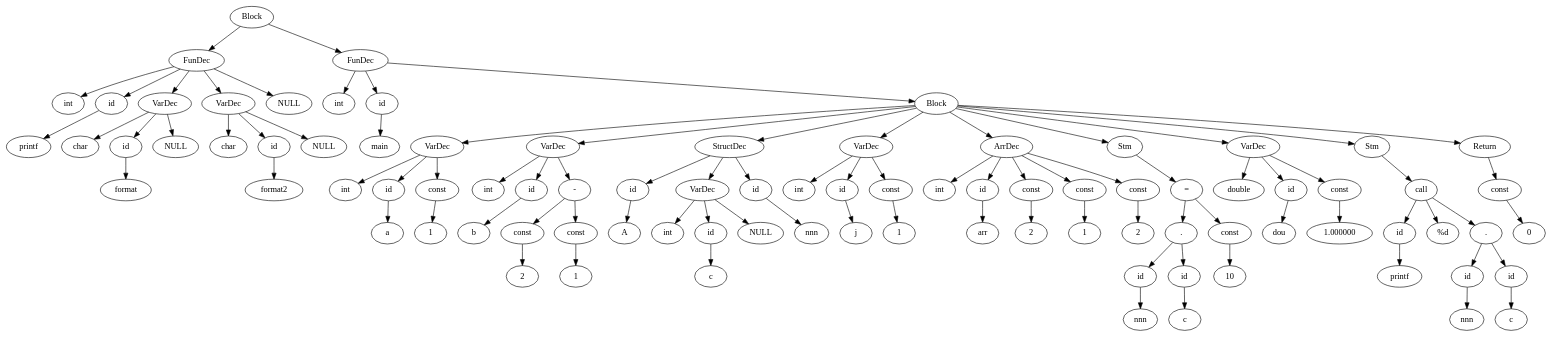
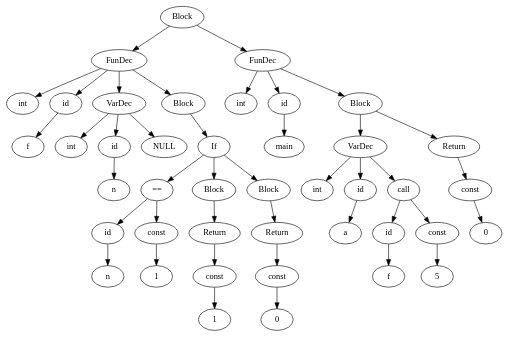
One commit to Maryeon/CCompiler changed the diagram in CCompiler/TreeDisplay/tree.dot. Above: the diagram before and after it, drawn with Graphviz. The commit also changed 5 other files, not shown here.

```diff
--- a/CCompiler/TreeDisplay/tree.dot
+++ b/CCompiler/TreeDisplay/tree.dot
@@ -1,181 +1,85 @@
 digraph absynTree{
 	Block1 [label = "Block"];
 	FunctionDeclaration1 [label = "FunDec"];
 	Const1 [label = "int"];
 	Identifier1 [label = "id"];
-	Const2 [label = "printf"];
+	Const2 [label = "f"];
 	VariableDeclaration1 [label = "VarDec"];
-	Const3 [label = "char"];
+	Const3 [label = "int"];
 	Identifier2 [label = "id"];
-	Const4 [label = "format"];
+	Const4 [label = "n"];
 	NULL1 [label = "NULL"];
+	Block2 [label = "Block"];
+	Statement1 [label = "If"];
+	BinaryOperation1 [label = "=="];
+	Identifier3 [label = "id"];
+	Const5 [label = "n"];
+	Integer1 [label = "const"];
+	Const6 [label = "1"];
+	Block3 [label = "Block"];
+	Statement2 [label = "Return"];
+	Integer2 [label = "const"];
+	Const7 [label = "1"];
+	Block4 [label = "Block"];
+	Statement3 [label = "Return"];
+	Integer3 [label = "const"];
+	Const8 [label = "0"];
+	FunctionDeclaration2 [label = "FunDec"];
+	Const9 [label = "int"];
+	Identifier4 [label = "id"];
+	Const10 [label = "main"];
+	Block5 [label = "Block"];
 	VariableDeclaration2 [label = "VarDec"];
-	Const5 [label = "char"];
-	Identifier3 [label = "id"];
-	Const6 [label = "format2"];
-	NULL2 [label = "NULL"];
-	NULL3 [label = "NULL"];
-	FunctionDeclaration2 [label = "FunDec"];
-	Const7 [label = "int"];
-	Identifier4 [label = "id"];
-	Const8 [label = "main"];
-	Block2 [label = "Block"];
-	VariableDeclaration3 [label = "VarDec"];
-	Const9 [label = "int"];
+	Const11 [label = "int"];
 	Identifier5 [label = "id"];
-	Const10 [label = "a"];
-	Integer1 [label = "const"];
-	Const11 [label = "1"];
-	VariableDeclaration4 [label = "VarDec"];
-	Const12 [label = "int"];
+	Const12 [label = "a"];
+	FunctionCall1 [label = "call"];
 	Identifier6 [label = "id"];
-	Const13 [label = "b"];
-	BinaryOperation1 [label = "-"];
-	Integer2 [label = "const"];
-	Const14 [label = "2"];
-	Integer3 [label = "const"];
-	Const15 [label = "1"];
-	StructDeclaration1 [label = "StructDec"];
-	Identifier7 [label = "id"];
-	Const16 [label = "A"];
-	VariableDeclaration5 [label = "VarDec"];
-	Const17 [label = "int"];
-	Identifier8 [label = "id"];
-	Const18 [label = "c"];
-	NULL4 [label = "NULL"];
-	Identifier9 [label = "id"];
-	Const19 [label = "nnn"];
-	VariableDeclaration6 [label = "VarDec"];
-	Const20 [label = "int"];
-	Identifier10 [label = "id"];
-	Const21 [label = "j"];
+	Const13 [label = "f"];
 	Integer4 [label = "const"];
-	Const22 [label = "1"];
-	ArrayDeclaration1 [label = "ArrDec"];
-	Const23 [label = "int"];
-	Identifier11 [label = "id"];
-	Const24 [label = "arr"];
+	Const14 [label = "5"];
+	Statement4 [label = "Return"];
 	Integer5 [label = "const"];
-	Const25 [label = "2"];
-	Integer6 [label = "const"];
-	Const26 [label = "1"];
-	Integer7 [label = "const"];
-	Const27 [label = "2"];
-	Statement1 [label = "Stm"];
-	Assignment1 [label = "="];
-	StructMember1 [label = "."];
-	Identifier12 [label = "id"];
-	Const28 [label = "nnn"];
-	Identifier13 [label = "id"];
-	Const29 [label = "c"];
-	Integer8 [label = "const"];
-	Const30 [label = "10"];
-	VariableDeclaration7 [label = "VarDec"];
-	Const31 [label = "double"];
-	Identifier14 [label = "id"];
-	Const32 [label = "dou"];
-	Double1 [label = "const"];
-	Const33 [label = "1.000000"];
-	Statement2 [label = "Stm"];
-	FunctionCall1 [label = "call"];
-	Identifier15 [label = "id"];
-	Const34 [label = "printf"];
-	Const35 [label = "%d"];
-	StructMember2 [label = "."];
-	Identifier16 [label = "id"];
-	Const36 [label = "nnn"];
-	Identifier17 [label = "id"];
-	Const37 [label = "c"];
-	Statement3 [label = "Return"];
-	Integer9 [label = "const"];
-	Const38 [label = "0"];
+	Const15 [label = "0"];
 	FunctionDeclaration1 -> Const1;
 	Identifier1 -> Const2;
 	FunctionDeclaration1 -> Identifier1;
 	VariableDeclaration1 -> Const3;
 	Identifier2 -> Const4;
 	VariableDeclaration1 -> Identifier2;
 	VariableDeclaration1 -> NULL1;
 	FunctionDeclaration1 -> VariableDeclaration1;
-	VariableDeclaration2 -> Const5;
-	Identifier3 -> Const6;
-	VariableDeclaration2 -> Identifier3;
-	VariableDeclaration2 -> NULL2;
-	FunctionDeclaration1 -> VariableDeclaration2;
-	FunctionDeclaration1 -> NULL3;
+	Identifier3 -> Const5;
+	BinaryOperation1 -> Identifier3;
+	Integer1 -> Const6;
+	BinaryOperation1 -> Integer1;
+	Statement1 -> BinaryOperation1;
+	Integer2 -> Const7;
+	Statement2 -> Integer2;
+	Block3 -> Statement2;
+	Statement1 -> Block3;
+	Integer3 -> Const8;
+	Statement3 -> Integer3;
+	Block4 -> Statement3;
+	Statement1 -> Block4;
+	Block2 -> Statement1;
+	FunctionDeclaration1 -> Block2;
 	Block1 -> FunctionDeclaration1;
-	FunctionDeclaration2 -> Const7;
-	Identifier4 -> Const8;
+	FunctionDeclaration2 -> Const9;
+	Identifier4 -> Const10;
 	FunctionDeclaration2 -> Identifier4;
-	VariableDeclaration3 -> Const9;
-	Identifier5 -> Const10;
-	VariableDeclaration3 -> Identifier5;
-	Integer1 -> Const11;
-	VariableDeclaration3 -> Integer1;
-	Block2 -> VariableDeclaration3;
-	VariableDeclaration4 -> Const12;
+	VariableDeclaration2 -> Const11;
+	Identifier5 -> Const12;
+	VariableDeclaration2 -> Identifier5;
 	Identifier6 -> Const13;
-	VariableDeclaration4 -> Identifier6;
-	Integer2 -> Const14;
-	BinaryOperation1 -> Integer2;
-	Integer3 -> Const15;
-	BinaryOperation1 -> Integer3;
-	VariableDeclaration4 -> BinaryOperation1;
-	Block2 -> VariableDeclaration4;
-	Identifier7 -> Const16;
-	StructDeclaration1 -> Identifier7;
-	VariableDeclaration5 -> Const17;
-	Identifier8 -> Const18;
-	VariableDeclaration5 -> Identifier8;
-	VariableDeclaration5 -> NULL4;
-	StructDeclaration1 -> VariableDeclaration5;
-	Identifier9 -> Const19;
-	StructDeclaration1 -> Identifier9;
-	Block2 -> StructDeclaration1;
-	VariableDeclaration6 -> Const20;
-	Identifier10 -> Const21;
-	VariableDeclaration6 -> Identifier10;
-	Integer4 -> Const22;
-	VariableDeclaration6 -> Integer4;
-	Block2 -> VariableDeclaration6;
-	ArrayDeclaration1 -> Const23;
-	Identifier11 -> Const24;
-	ArrayDeclaration1 -> Identifier11;
-	Integer5 -> Const25;
-	ArrayDeclaration1 -> Integer5;
-	Integer6 -> Const26;
-	ArrayDeclaration1 -> Integer6;
-	Integer7 -> Const27;
-	ArrayDeclaration1 -> Integer7;
-	Block2 -> ArrayDeclaration1;
-	Identifier12 -> Const28;
-	StructMember1 -> Identifier12;
-	Identifier13 -> Const29;
-	StructMember1 -> Identifier13;
-	Assignment1 -> StructMember1;
-	Integer8 -> Const30;
-	Assignment1 -> Integer8;
-	Statement1 -> Assignment1;
-	Block2 -> Statement1;
-	VariableDeclaration7 -> Const31;
-	Identifier14 -> Const32;
-	VariableDeclaration7 -> Identifier14;
-	Double1 -> Const33;
-	VariableDeclaration7 -> Double1;
-	Block2 -> VariableDeclaration7;
-	Identifier15 -> Const34;
-	FunctionCall1 -> Identifier15;
-	FunctionCall1 -> Const35;
-	Identifier16 -> Const36;
-	StructMember2 -> Identifier16;
-	Identifier17 -> Const37;
-	StructMember2 -> Identifier17;
-	FunctionCall1 -> StructMember2;
-	Statement2 -> FunctionCall1;
-	Block2 -> Statement2;
-	Integer9 -> Const38;
-	Statement3 -> Integer9;
-	Block2 -> Statement3;
-	FunctionDeclaration2 -> Block2;
+	FunctionCall1 -> Identifier6;
+	Integer4 -> Const14;
+	FunctionCall1 -> Integer4;
+	VariableDeclaration2 -> FunctionCall1;
+	Block5 -> VariableDeclaration2;
+	Integer5 -> Const15;
+	Statement4 -> Integer5;
+	Block5 -> Statement4;
+	FunctionDeclaration2 -> Block5;
 	Block1 -> FunctionDeclaration2;
 }
```
